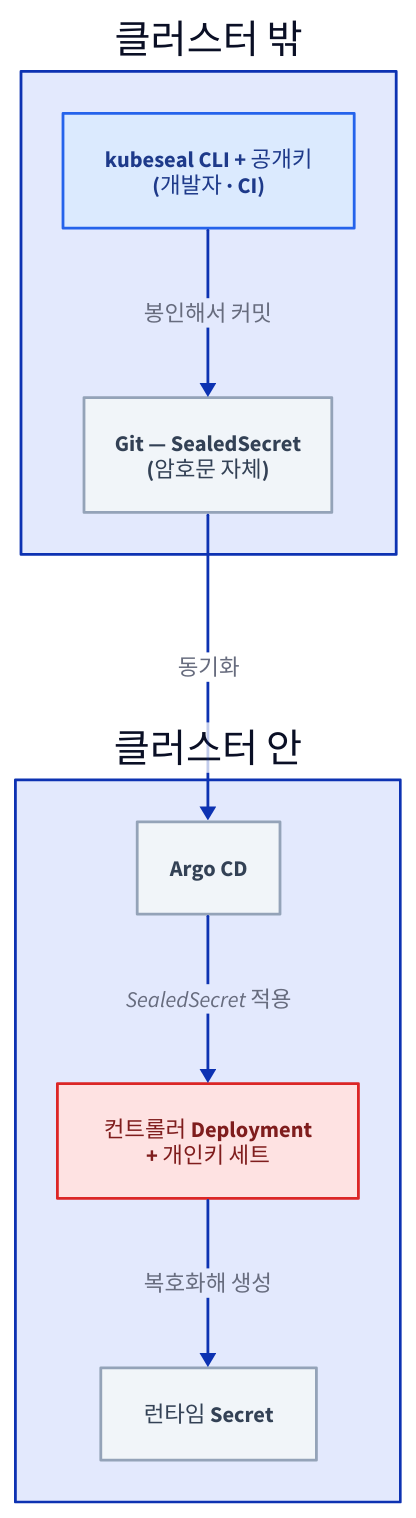
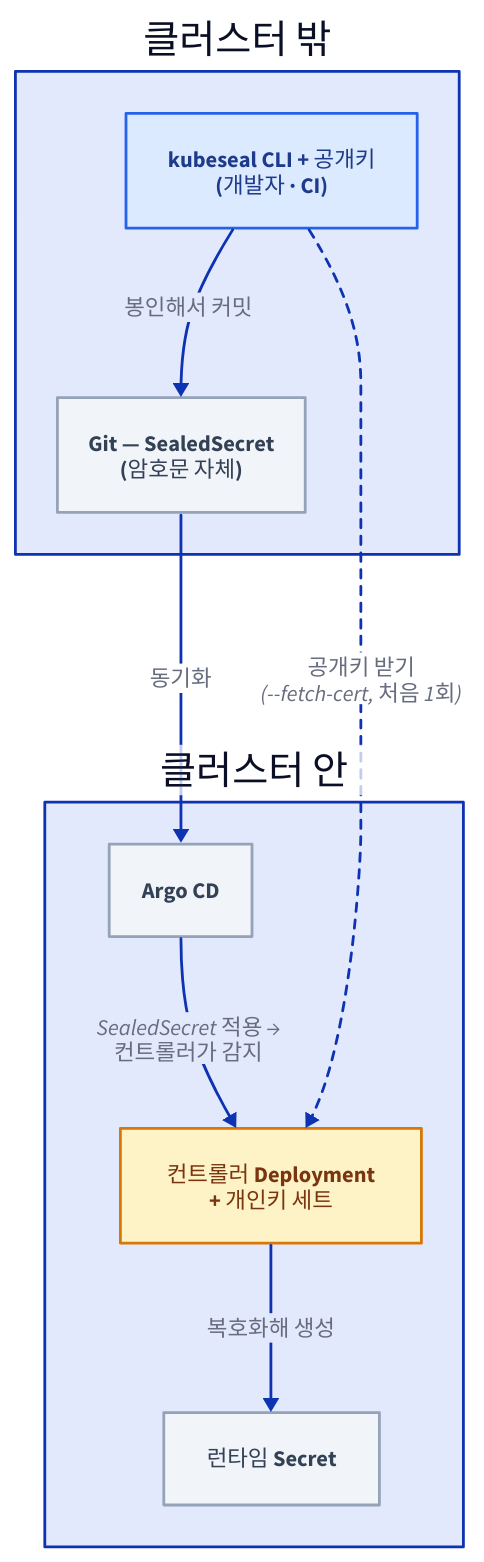
Before and after one commit to mechurak/study-starlight: the first of 2 diagrams in src/content/docs/onprem/sealed-secrets.mdx, drawn with D2. The commit also changed other lines of this file and 1 other file, not shown here.

First line of the commit message:
docs(onprem): tighten the Sealed Secrets page and fix its diagrams

````diff
--- a/src/content/docs/onprem/sealed-secrets.mdx
+++ b/src/content/docs/onprem/sealed-secrets.mdx
@@ -95,25 +89,26 @@
 ```d2 layout=elk pad=40 title="공개키는 클러스터 밖 어디에나 나눠 주고 개인키는 컨트롤러만 가지므로, 봉인은 누구나 하지만 복호화는 클러스터 안에서만 일어나는 배치"
 direction: down
 
 classes: {
   key: { style: { fill: "#dbeafe"; stroke: "#2563eb"; font-color: "#1e3a8a" } }
-  bad: { style: { fill: "#fee2e2"; stroke: "#dc2626"; font-color: "#7f1d1d" } }
+  warn: { style: { fill: "#fef3c7"; stroke: "#d97706"; font-color: "#78350f" } }
   mute: { style: { fill: "#f1f5f9"; stroke: "#94a3b8"; font-color: "#334155" } }
 }
 
 outside: 클러스터 밖 {
   seal: "kubeseal CLI + 공개키\n(개발자 · CI)" { class: key }
   git: "Git — SealedSecret\n(암호문 자체)" { class: mute }
 }
 
 cluster: 클러스터 안 {
   argo: Argo CD { class: mute }
-  ctl: "컨트롤러 Deployment\n+ 개인키 세트" { class: bad }
+  ctl: "컨트롤러 Deployment\n+ 개인키 세트" { class: warn }
   sec: 런타임 Secret { class: mute }
 }
 
 outside.seal -> outside.git: 봉인해서 커밋
 outside.git -> cluster.argo: 동기화
-cluster.argo -> cluster.ctl: SealedSecret 적용
+cluster.argo -> cluster.ctl: "SealedSecret 적용 →\n컨트롤러가 감지"
 cluster.ctl -> cluster.sec: 복호화해 생성
+outside.seal -> cluster.ctl: "공개키 받기\n(--fetch-cert, 처음 1회)" { style.stroke-dash: 3 }
 ```
````
